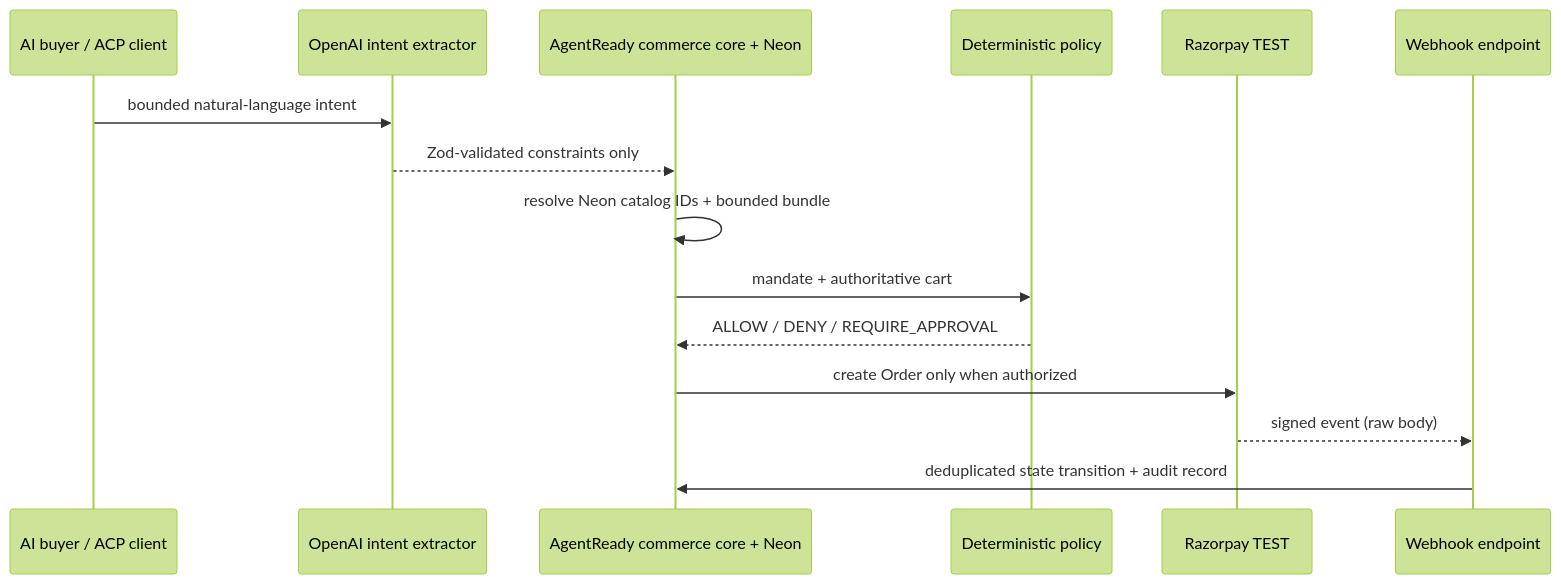
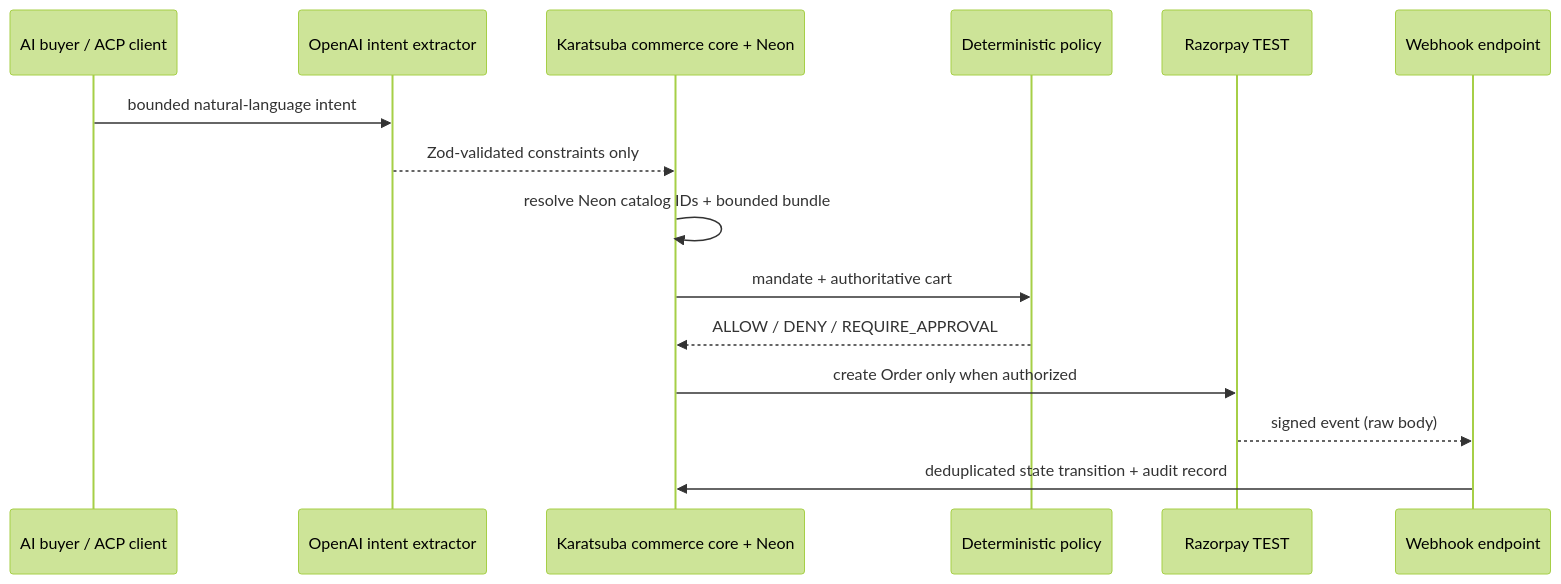
One commit to rishabh280305/razorpay changed the diagram in docs/ARCHITECTURE.md. Above: the diagram before and after it, drawn with Mermaid (forest theme). The commit also changed other lines of this file and 30 other files, not shown here.

````diff
--- a/docs/ARCHITECTURE.md
+++ b/docs/ARCHITECTURE.md
@@ -5,17 +5,17 @@
 ```mermaid
 sequenceDiagram
   participant A as AI buyer / ACP client
   participant O as OpenAI intent extractor
-  participant C as AgentReady commerce core + Neon
+  participant C as Karatsuba commerce core + Neon
   participant P as Deterministic policy
   participant R as Razorpay TEST
   participant W as Webhook endpoint
   A->>O: bounded natural-language intent
   O-->>C: Zod-validated constraints only
   C->>C: resolve Neon catalog IDs + bounded bundle
   C->>P: mandate + authoritative cart
   P-->>C: ALLOW / DENY / REQUIRE_APPROVAL
   C->>R: create Order only when authorized
   R-->>W: signed event (raw body)
   W->>C: deduplicated state transition + audit record
 ```
````
